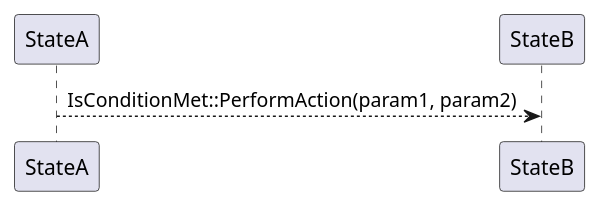
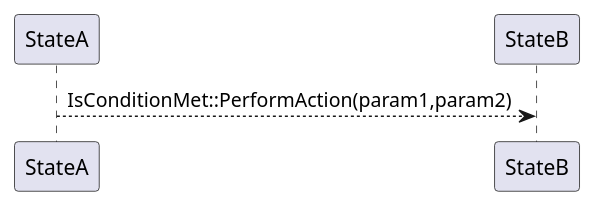
Before and after one commit to mhersson/vectorsigma: the tenth of 13 diagrams in docs/vectorsigma-uml-syntax.md, drawn with PlantUML. The commit also changed 3 other files, not shown here.

````diff
--- a/docs/vectorsigma-uml-syntax.md
+++ b/docs/vectorsigma-uml-syntax.md
@@ -223,3 +223,3 @@
 ```plantuml
-StateA --> StateB: IsConditionMet::PerformAction(param1, param2)
+StateA --> StateB: IsConditionMet::PerformAction(param1,param2)
 ```
````
